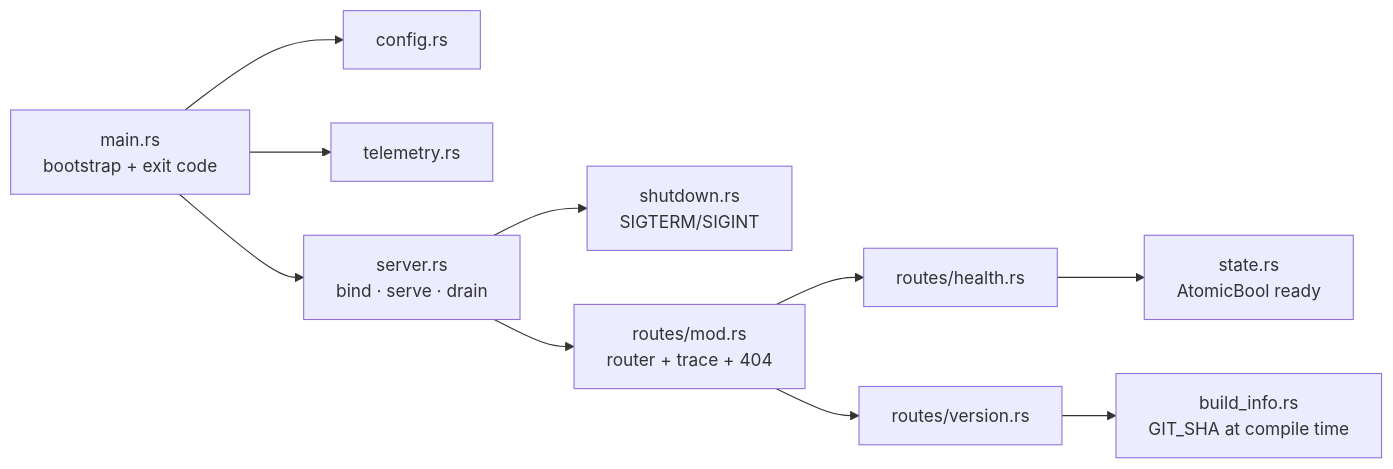
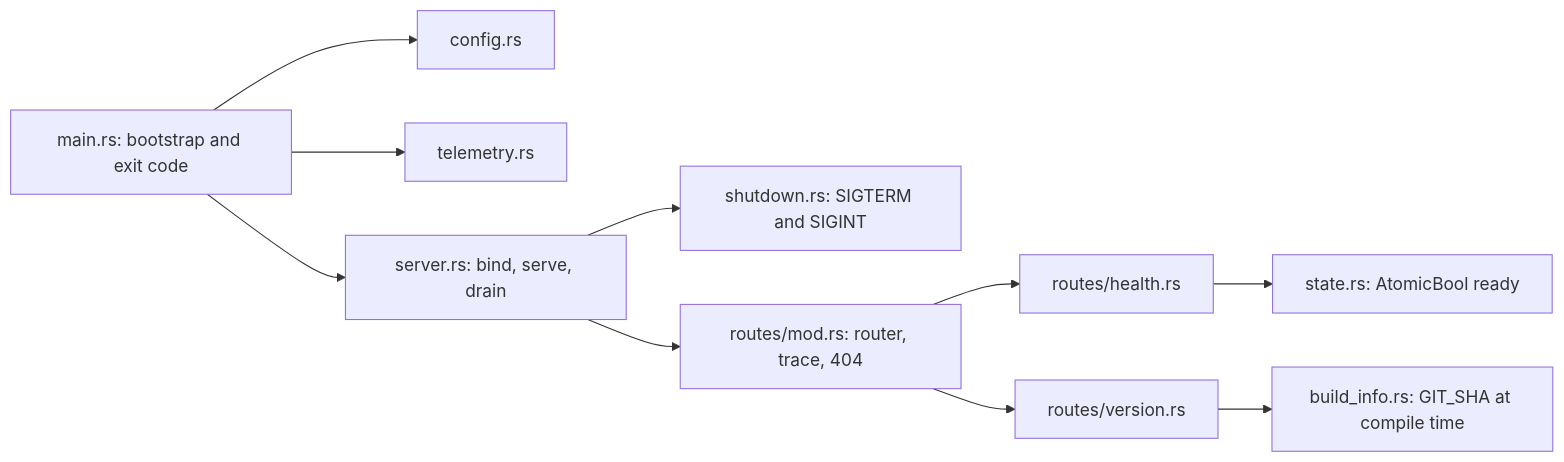
One commit to Dapravith/GitOps-Multi-Deployment changed the first of 3 diagrams in docs/design/LLD.md. Above: the diagram before and after it, drawn with Mermaid. The commit also changed other lines of this file and 3 other files, not shown here.

Commit message:
chore: fix a mermaid diagram

````diff
--- a/docs/design/LLD.md
+++ b/docs/design/LLD.md
@@ -12,12 +12,23 @@
 ```mermaid
 flowchart LR
-  main[main.rs<br/>bootstrap + exit code] --> config[config.rs]
-  main --> telemetry[telemetry.rs]
-  main --> server[server.rs<br/>bind · serve · drain]
-  server --> shutdown[shutdown.rs<br/>SIGTERM/SIGINT]
-  server --> routes[routes/mod.rs<br/>router + trace + 404]
-  routes --> health[routes/health.rs]
-  routes --> version[routes/version.rs]
-  health --> state[state.rs<br/>AtomicBool ready]
-  version --> build[build_info.rs<br/>GIT_SHA at compile time]
+  mainRs["main.rs: bootstrap and exit code"]
+  configRs["config.rs"]
+  telemetryRs["telemetry.rs"]
+  serverRs["server.rs: bind, serve, drain"]
+  shutdownRs["shutdown.rs: SIGTERM and SIGINT"]
+  routesRs["routes/mod.rs: router, trace, 404"]
+  healthRs["routes/health.rs"]
+  versionRs["routes/version.rs"]
+  stateRs["state.rs: AtomicBool ready"]
+  buildRs["build_info.rs: GIT_SHA at compile time"]
+
+  mainRs --> configRs
+  mainRs --> telemetryRs
+  mainRs --> serverRs
+  serverRs --> shutdownRs
+  serverRs --> routesRs
+  routesRs --> healthRs
+  routesRs --> versionRs
+  healthRs --> stateRs
+  versionRs --> buildRs
 ```
````
